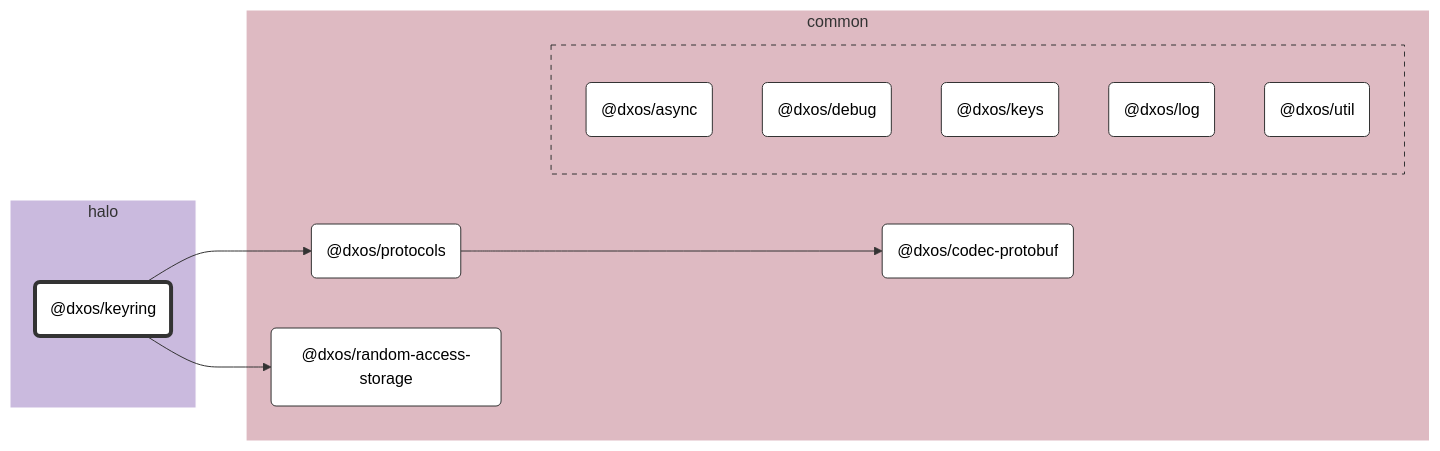
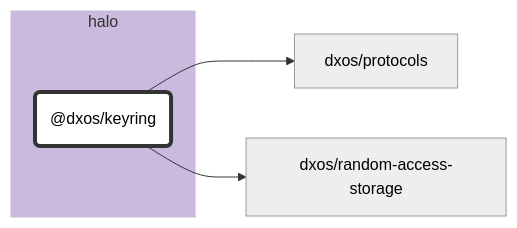
The diagram in packages/halo/keyring/docs/README.md (dxos/dxos), drawn with Mermaid (neutral theme) before and after one commit. The commit also changed 87 other files, not shown here.

````diff
--- a/packages/halo/keyring/docs/README.md
+++ b/packages/halo/keyring/docs/README.md
@@ -7,62 +7,22 @@
 ```mermaid
 %%{ init: {'flowchart':{'curve':'basis'}} }%%
 
 flowchart LR
 
-%% Links
-dxos/keyring --> dxos/protocols;
-dxos/keyring --> dxos/random-access-storage;
-dxos/protocols --> dxos/codec-protobuf;
+%% Classes
+classDef def fill:#fff,stroke:#333,stroke-width:1px
+classDef root fill:#fff,stroke:#333,stroke-width:4px
 
-%% Sections
-subgraph halo
-  style halo fill:#cabade,stroke:#fff;
+%% Nodes
 
-  dxos/keyring("@dxos/keyring")
+subgraph halo [halo]
+  style halo fill:#cabade,stroke:#fff
+  dxos/keyring("@dxos/keyring"):::root
+  click dxos/keyring "dxos/dxos/tree/main/packages/halo/keyring/docs"
 end
 
-subgraph common
-  style common fill:#debac2,stroke:#fff;
-
-  dxos/codec-protobuf("@dxos/codec-protobuf")
-  dxos/protocols("@dxos/protocols")
-  dxos/random-access-storage("@dxos/random-access-storage")
-
-  subgraph common-excluded [ ]
-    style common-excluded fill:#debac2,stroke:#333,stroke-dasharray:5 5;
-
-    dxos/async("@dxos/async")
-    dxos/debug("@dxos/debug")
-    dxos/keys("@dxos/keys")
-    dxos/log("@dxos/log")
-    dxos/util("@dxos/util")
-  end
-end
-
-
-%% Hyperlinks
-click dxos/async "dxos/dxos/tree/main/packages/common/async/docs";
-click dxos/codec-protobuf "dxos/dxos/tree/main/packages/common/codec-protobuf/docs";
-click dxos/debug "dxos/dxos/tree/main/packages/common/debug/docs";
-click dxos/keys "dxos/dxos/tree/main/packages/common/keys/docs";
-click dxos/log "dxos/dxos/tree/main/packages/common/log/docs";
-click dxos/protocols "dxos/dxos/tree/main/packages/common/protocols/docs";
-click dxos/random-access-storage "dxos/dxos/tree/main/packages/common/random-access-storage/docs";
-click dxos/util "dxos/dxos/tree/main/packages/common/util/docs";
-
-%% Styles
-classDef rootNode fill:#fff,stroke:#333,stroke-width:4px
-classDef defaultNode fill:#fff,stroke:#333,stroke-width:1px
+%% Links
 linkStyle default stroke:#333,stroke-width:1px
-
-dxos/keyring:::rootNode
-
-dxos/async:::defaultNode
-dxos/codec-protobuf:::defaultNode
-dxos/debug:::defaultNode
-dxos/keys:::defaultNode
-dxos/log:::defaultNode
-dxos/protocols:::defaultNode
-dxos/random-access-storage:::defaultNode
-dxos/util:::defaultNode
+dxos/keyring --> dxos/protocols
+dxos/keyring --> dxos/random-access-storage
 ```
````
